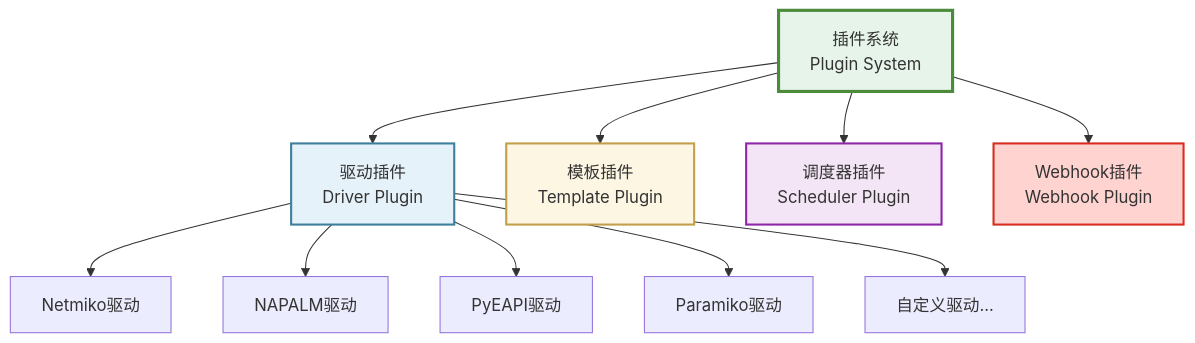
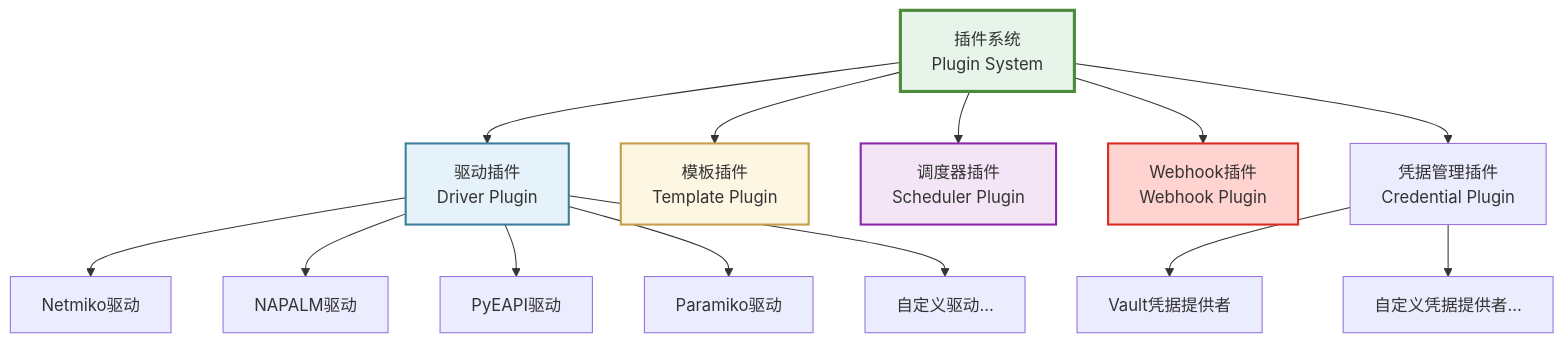
One commit to scitix/netpulse changed the first of 3 diagrams in docs/zh/architecture/plugin-system.md. Above: the diagram before and after it, drawn with Mermaid. The commit also changed other lines of this file and 68 other files, not shown here.

````diff
--- a/docs/zh/architecture/plugin-system.md
+++ b/docs/zh/architecture/plugin-system.md
@@ -15,21 +15,25 @@
 ```mermaid
 graph TB
     Plugin[插件系统<br/>Plugin System]
     
     Plugin --> Driver[驱动插件<br/>Driver Plugin]
     Plugin --> Template[模板插件<br/>Template Plugin]
     Plugin --> Scheduler[调度器插件<br/>Scheduler Plugin]
     Plugin --> Webhook[Webhook插件<br/>Webhook Plugin]
+    Plugin --> Credential[凭据管理插件<br/>Credential Plugin]
     
     Driver --> Netmiko[Netmiko驱动]
     Driver --> NAPALM[NAPALM驱动]
     Driver --> PyEAPI[PyEAPI驱动]
     Driver --> Paramiko[Paramiko驱动]
     Driver --> Custom[自定义驱动...]
     
+    Credential --> Vault[Vault凭据提供者]
+    Credential --> CustomCred[自定义凭据提供者...]
+    
     style Plugin fill:#E6F4EA,stroke:#4B8B3B,stroke-width:3px
     style Driver fill:#E6F2FA,stroke:#3D7E9A,stroke-width:2px
     style Template fill:#FDF6E3,stroke:#C29F48,stroke-width:2px
     style Scheduler fill:#F3E5F5,stroke:#8E24AA,stroke-width:2px
     style Webhook fill:#FFD3D0,stroke:#D82C20,stroke-width:2px
 ```
````
